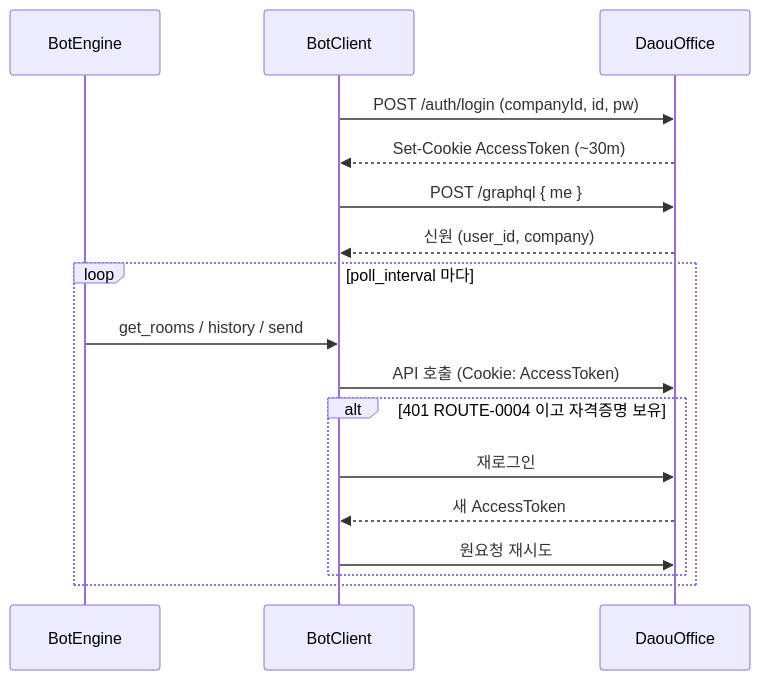
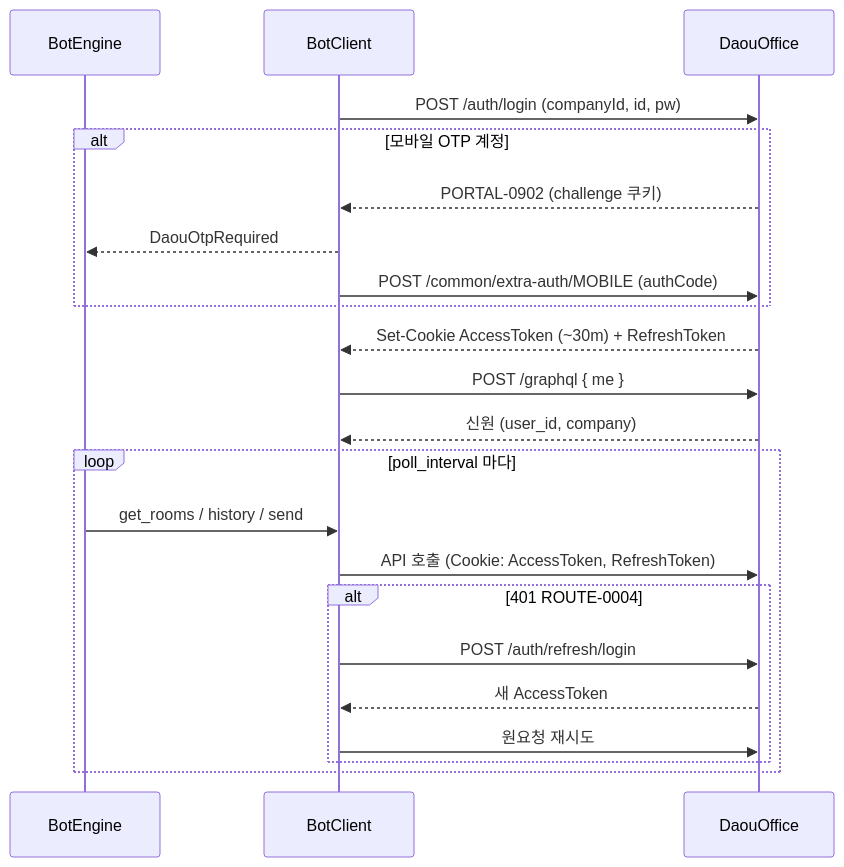
Before and after one commit to junsik/python-daouoffice-bot: the third of 4 diagrams in docs/ARCHITECTURE.md, drawn with Mermaid. The commit also changed other lines of this file and 1 other file, not shown here.

First line of the commit message:
docs: describe session refresh, mobile OTP and session-based bots

````diff
--- a/docs/ARCHITECTURE.md
+++ b/docs/ARCHITECTURE.md
@@ -74,19 +74,24 @@
 ```mermaid
 sequenceDiagram
     participant E as BotEngine
     participant C as BotClient
     participant S as DaouOffice
     C->>S: POST /auth/login (companyId, id, pw)
-    S-->>C: Set-Cookie AccessToken (~30m)
+    alt 모바일 OTP 계정
+        S-->>C: PORTAL-0902 (challenge 쿠키)
+        C-->>E: DaouOtpRequired
+        C->>S: POST /common/extra-auth/MOBILE (authCode)
+    end
+    S-->>C: Set-Cookie AccessToken (~30m) + RefreshToken
     C->>S: POST /graphql { me }
     S-->>C: 신원 (user_id, company)
     loop poll_interval 마다
         E->>C: get_rooms / history / send
-        C->>S: API 호출 (Cookie: AccessToken)
-        alt 401 ROUTE-0004 이고 자격증명 보유
-            C->>S: 재로그인
+        C->>S: API 호출 (Cookie: AccessToken, RefreshToken)
+        alt 401 ROUTE-0004
+            C->>S: POST /auth/refresh/login
             S-->>C: 새 AccessToken
             C->>S: 원요청 재시도
         end
     end
 ```
````
